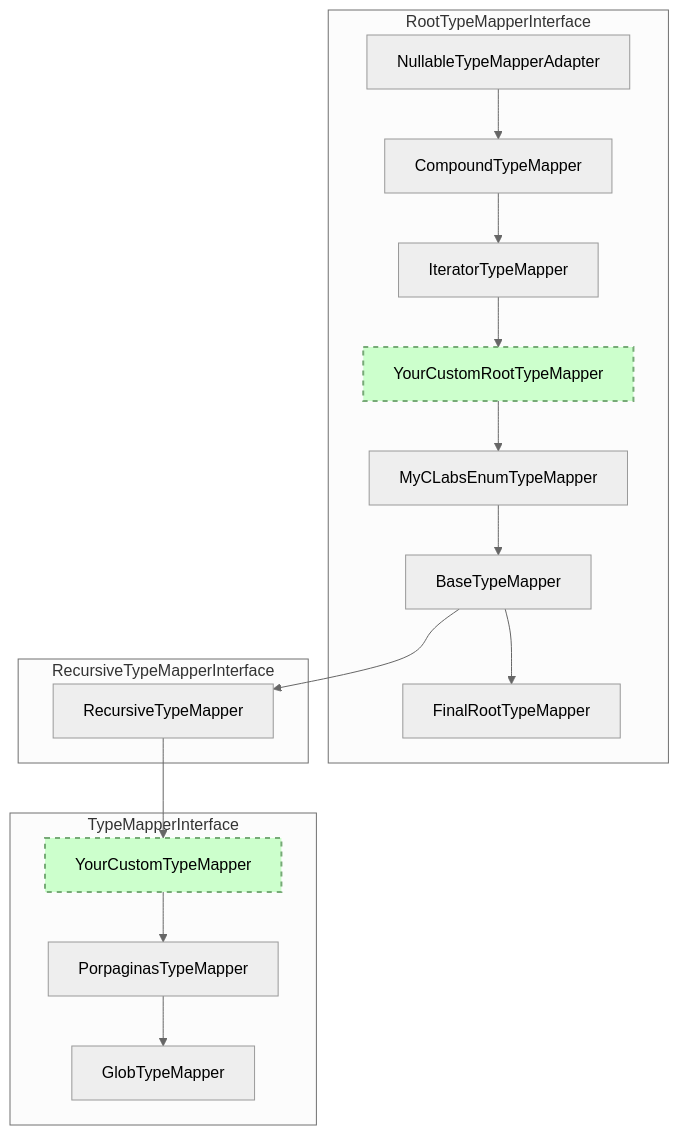
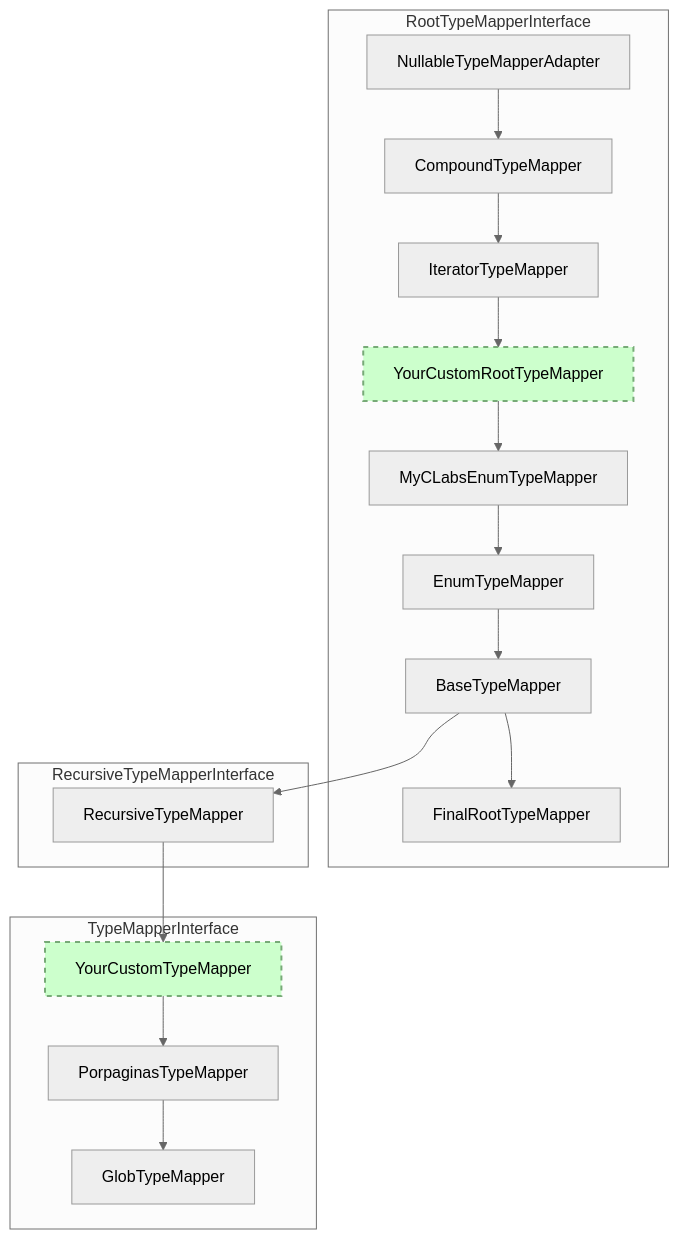
Before and after one commit to thecodingmachine/graphqlite: the first of 2 diagrams in website/docs/internals.md, drawn with Mermaid (neutral theme). The commit also changed other lines of this file, not shown here.

````diff
--- a/website/docs/internals.md
+++ b/website/docs/internals.md
@@ -19,21 +19,22 @@
 ```mermaid
 graph TD;
   classDef custom fill:#cfc,stroke:#7a7,stroke-width:2px,stroke-dasharray: 5, 5;
   subgraph RootTypeMapperInterface
     NullableTypeMapperAdapter-->CompoundTypeMapper
+    IteratorTypeMapper-->YourCustomRootTypeMapper
     CompoundTypeMapper-->IteratorTypeMapper
-    IteratorTypeMapper-->YourCustomRootTypeMapper
     YourCustomRootTypeMapper-->MyCLabsEnumTypeMapper
-    MyCLabsEnumTypeMapper-->BaseTypeMapper
+    MyCLabsEnumTypeMapper-->EnumTypeMapper
+    EnumTypeMapper-->BaseTypeMapper
     BaseTypeMapper-->FinalRootTypeMapper
   end
   subgraph RecursiveTypeMapperInterface
     BaseTypeMapper-->RecursiveTypeMapper
   end
   subgraph TypeMapperInterface
     RecursiveTypeMapper-->YourCustomTypeMapper
     YourCustomTypeMapper-->PorpaginasTypeMapper
     PorpaginasTypeMapper-->GlobTypeMapper
   end
   class YourCustomRootTypeMapper,YourCustomTypeMapper custom;
 ```
````
